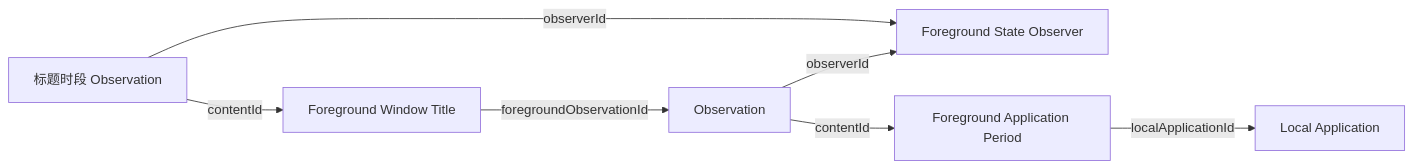
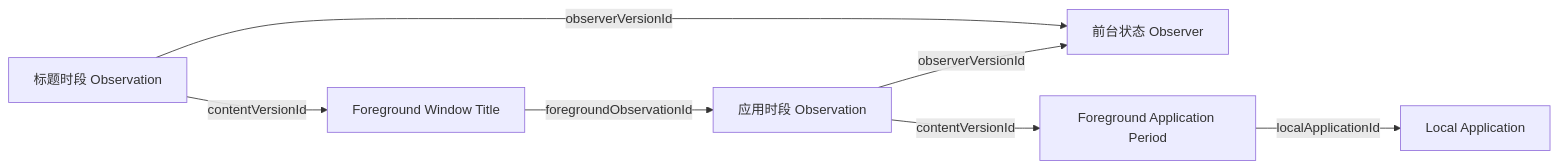
The diagram in src/Docs/Heartbeat.Docs/content/docs/observers/application-activity/index.mdx (shenxianovo/Heartbeat), drawn with Mermaid before and after one commit. The commit also changed other lines of this file and 84 other files, not shown here.

````diff
--- a/src/Docs/Heartbeat.Docs/content/docs/observers/application-activity/index.mdx
+++ b/src/Docs/Heartbeat.Docs/content/docs/observers/application-activity/index.mdx
@@ -20,9 +20,9 @@
 ```mermaid
 flowchart LR
-  O[Observation] -->|observerId| R[Foreground State Observer]
-  O -->|contentId| C[Foreground Application Period]
+  O[应用时段 Observation] -->|observerVersionId| R[前台状态 Observer]
+  O -->|contentVersionId| C[Foreground Application Period]
   C -->|localApplicationId| A[Local Application]
-  T[标题时段 Observation] -->|observerId| R
-  T -->|contentId| TC[Foreground Window Title]
+  T[标题时段 Observation] -->|observerVersionId| R
+  T -->|contentVersionId| TC[Foreground Window Title]
   TC -->|foregroundObservationId| O
 ```
````
